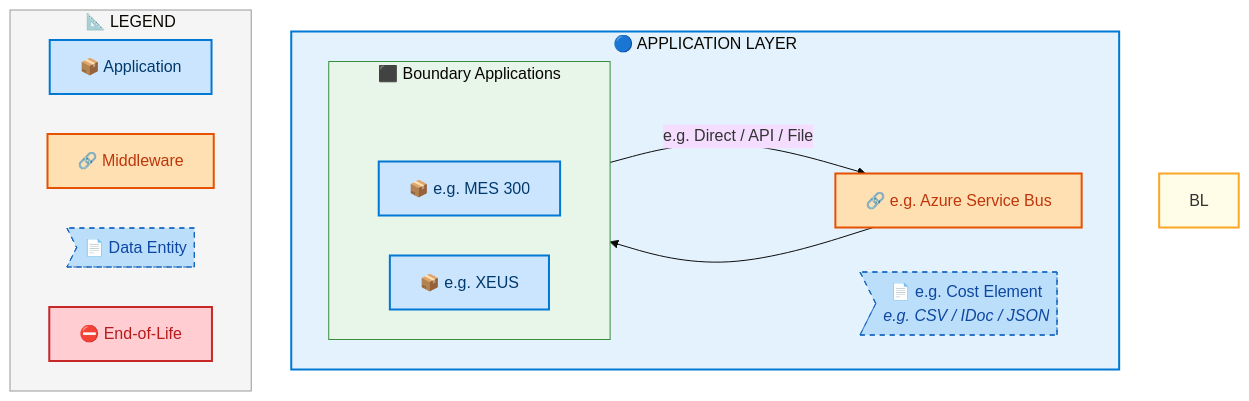
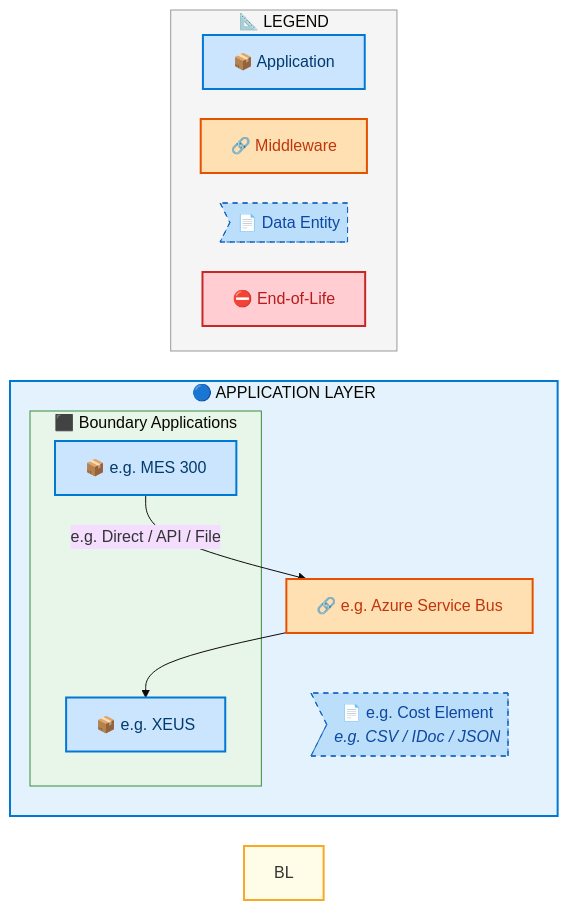
Before and after one commit to sajivfrancis777/IAO-Architecture: the tenth of 12 diagrams in towers/E2E/Procure to Pay/E2E-49/output/docs/systems-architecture/E2E-49-Architecture.md, drawn with Mermaid. The commit also changed other lines of this file and 252 other files, not shown here.

First line of the commit message:
fix: remove Mermaid ~~~ rank chain causing syntax error in v11.14.0

````diff
--- a/towers/E2E/Procure to Pay/E2E-49/output/docs/systems-architecture/E2E-49-Architecture.md
+++ b/towers/E2E/Procure to Pay/E2E-49/output/docs/systems-architecture/E2E-49-Architecture.md
@@ -1097,44 +1093,40 @@
 ```mermaid
-%%{init: {"theme": "base", "securityLevel": "loose", "themeVariables": {"fontSize": "16px", "fontFamily": "Segoe UI, Arial, sans-serif"}, "flowchart": {"useMaxWidth": false, "htmlLabels": true, "nodeSpacing": 40, "rankSpacing": 50}} }%%
-flowchart TB
+%%{init: {"theme": "base", "securityLevel": "loose", "themeVariables": {"fontSize": "16px", "fontFamily": "Segoe UI, Arial, sans-serif"}, "flowchart": {"useMaxWidth": false, "htmlLabels": true, "nodeSpacing": 30, "rankSpacing": 35}} }%%
+flowchart LR
     %% -- ArchiMate 3.2 + Azure style classes --
     classDef business      fill:#FFFFB3,stroke:#F9A825,stroke-width:2px,color:#000
     classDef app           fill:#CCE5FF,stroke:#0078D4,stroke-width:2px,color:#003A6C
     classDef data          fill:#BBDEFB,stroke:#1565C0,stroke-width:1px,color:#0D47A1,stroke-dasharray: 5 5
     classDef middleware    fill:#FFE0B2,stroke:#E65100,stroke-width:2px,color:#BF360C
     classDef eol           fill:#FFCDD2,stroke:#C62828,stroke-width:2px,color:#B71C1C
     classDef saas          fill:#E1BEE7,stroke:#7B1FA2,stroke-width:2px,color:#4A148C
     classDef cloud         fill:#BBDEFB,stroke:#1565C0,stroke-width:2px,color:#0D47A1
     classDef onprem        fill:#C8E6C9,stroke:#2E7D32,stroke-width:2px,color:#1B5E20
-    classDef rankAnchor    fill:none,stroke:none,color:transparent,font-size:1px
 
     subgraph AL["🔵 APPLICATION LAYER"]
-        direction LR
         subgraph E2E49FLN_Boundary_Applications[" ⬛ Boundary Applications"]
-            direction LR
-            E2E49F_ALRANK_0[ ]:::rankAnchor
             E2E49F_e_g_MES_300["📦 e.g. MES 300"]:::app
             E2E49F_e_g_XEUS["📦 e.g. XEUS"]:::app
         end
         E2E49FMW_e_g_Azure_Service_Bus["🔗 e.g. Azure Service Bus"]:::middleware
         E2E49FDE_e_g_Cost_Element>"📄 e.g. Cost Element<br/><i>e.g. CSV / IDoc / JSON</i>"]:::data
     end
 
     E2E49F_e_g_MES_300 -->|"e.g. Direct / API / File"| E2E49FMW_e_g_Azure_Service_Bus
     E2E49FMW_e_g_Azure_Service_Bus --> E2E49F_e_g_XEUS
 
 
     style BL fill:#FFFDE7,stroke:#F9A825,stroke-width:2px
     style AL fill:#E3F2FD,stroke:#0078D4,stroke-width:2px
 
     style E2E49FLN_Boundary_Applications fill:#E8F5E9,stroke:#388E3C,stroke-width:1px
 
     subgraph Legend["📐 LEGEND"]
         direction LR
         L_APP["📦 Application"]:::app
         L_MW["🔗 Middleware"]:::middleware
         L_DE>"📄 Data Entity"]:::data
         L_EOL["⛔ End-of-Life"]:::eol
     end
     style Legend fill:#F5F5F5,stroke:#999,stroke-width:1px
 ```
````
